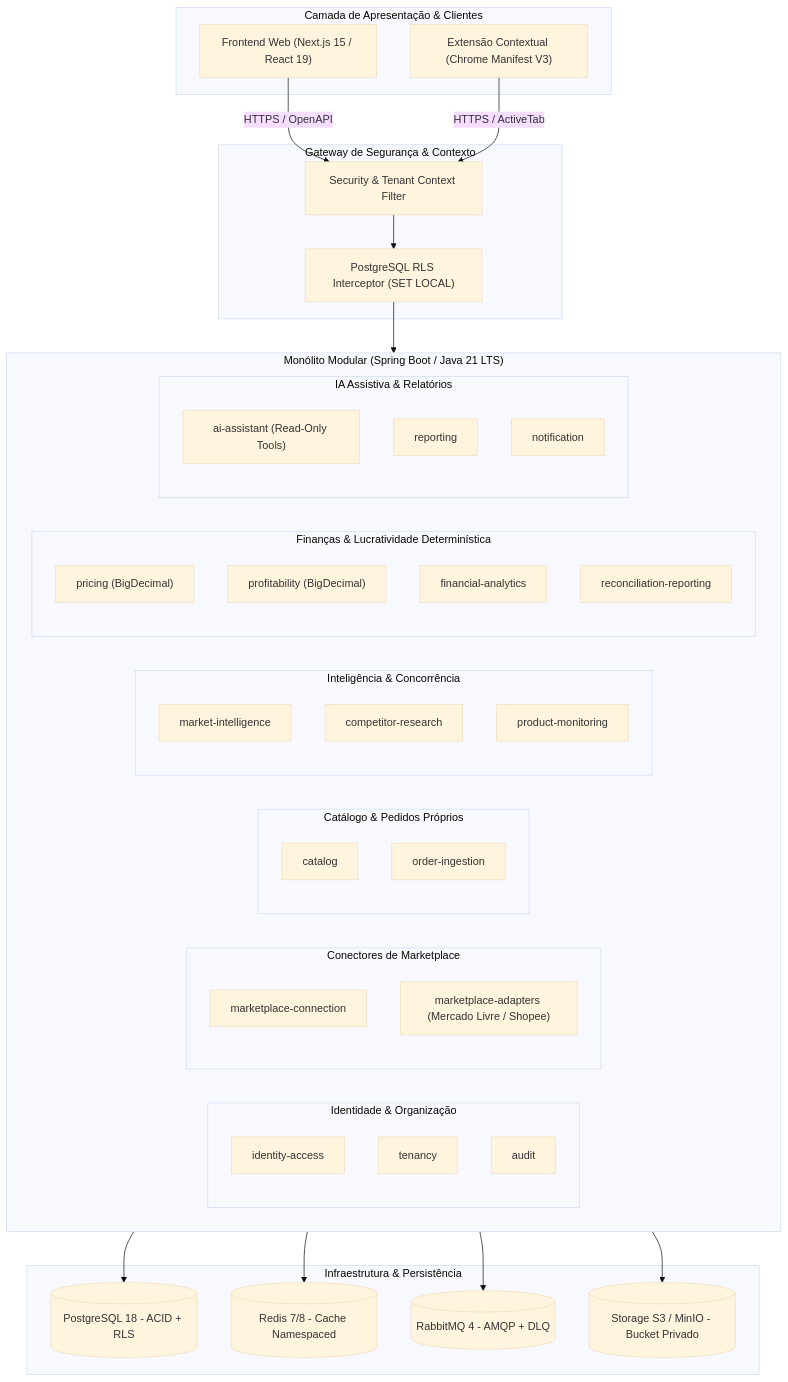
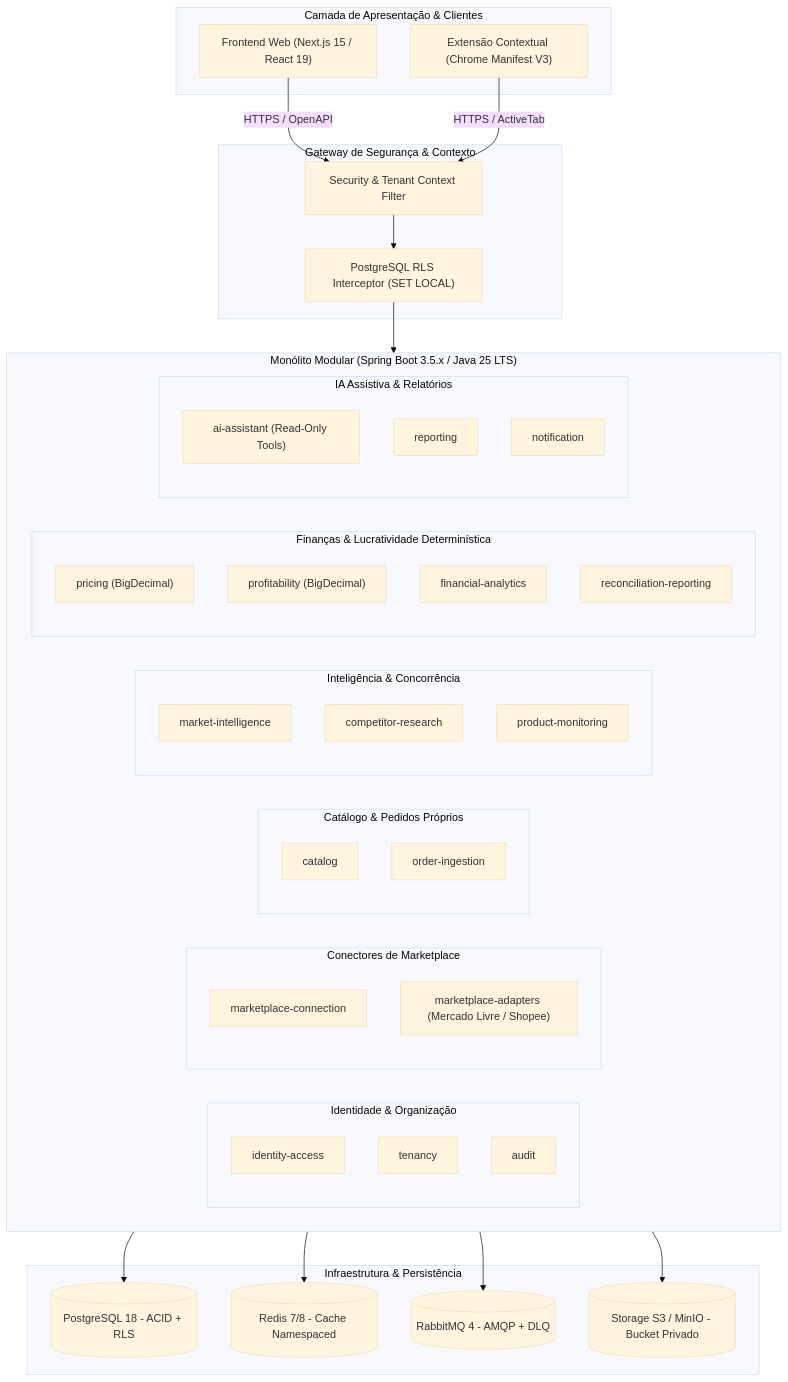
Before and after one commit to aaoliveira/antigravity-plataforma-vendas: the diagram in docs/ARCHITECTURE.md, drawn with Mermaid (base theme). The commit also changed 10 other files, not shown here.

````diff
--- a/docs/ARCHITECTURE.md
+++ b/docs/ARCHITECTURE.md
@@ -24,66 +24,66 @@
 ```mermaid
 graph TD
     subgraph ClientLayer["Camada de Apresentação & Clientes"]
         WEB["Frontend Web (Next.js 15 / React 19)"]
         EXT["Extensão Contextual (Chrome Manifest V3)"]
     end
 
     subgraph SecurityGate["Gateway de Segurança & Contexto"]
         AUTH_FILTER["Security & Tenant Context Filter"]
         RLS_INTERCEPTOR["PostgreSQL RLS Interceptor (SET LOCAL)"]
     end
 
-    subgraph ModularMonolith["Monólito Modular (Spring Boot / Java 21 LTS)"]
+    subgraph ModularMonolith["Monólito Modular (Spring Boot 3.5.x / Java 25 LTS)"]
         subgraph CoreIdentity["Identidade & Organização"]
             ID_MOD["identity-access"]
             TEN_MOD["tenancy"]
             AUDIT_MOD["audit"]
         end
 
         subgraph MarketplaceDomain["Conectores de Marketplace"]
             CONN_MOD["marketplace-connection"]
             ADAPT_MOD["marketplace-adapters (Mercado Livre / Shopee)"]
         end
 
         subgraph CatalogOrdersDomain["Catálogo & Pedidos Próprios"]
             CAT_MOD["catalog"]
             ORD_MOD["order-ingestion"]
         end
 
         subgraph IntelligenceDomain["Inteligência & Concorrência"]
             MKT_MOD["market-intelligence"]
             COMP_MOD["competitor-research"]
             MON_MOD["product-monitoring"]
         end
 
         subgraph FinanceDomain["Finanças & Lucratividade Determinística"]
             PRICE_MOD["pricing (BigDecimal)"]
             PROF_MOD["profitability (BigDecimal)"]
             FIN_MOD["financial-analytics"]
             REC_MOD["reconciliation-reporting"]
         end
 
         subgraph AIReportingDomain["IA Assistiva & Relatórios"]
             AI_MOD["ai-assistant (Read-Only Tools)"]
             REP_MOD["reporting"]
             NOTIF_MOD["notification"]
         end
     end
 
     subgraph PersistenceLayer["Infraestrutura & Persistência"]
         PG[(PostgreSQL 18 - ACID + RLS)]
         REDIS[(Redis 7/8 - Cache Namespaced)]
         RABBIT[(RabbitMQ 4 - AMQP + DLQ)]
         S3[(Storage S3 / MinIO - Bucket Privado)]
     end
 
     WEB -->|HTTPS / OpenAPI| AUTH_FILTER
     EXT -->|HTTPS / ActiveTab| AUTH_FILTER
     AUTH_FILTER --> RLS_INTERCEPTOR
     RLS_INTERCEPTOR --> ModularMonolith
 
     ModularMonolith --> PG
     ModularMonolith --> REDIS
     ModularMonolith --> RABBIT
     ModularMonolith --> S3
 ```
````
